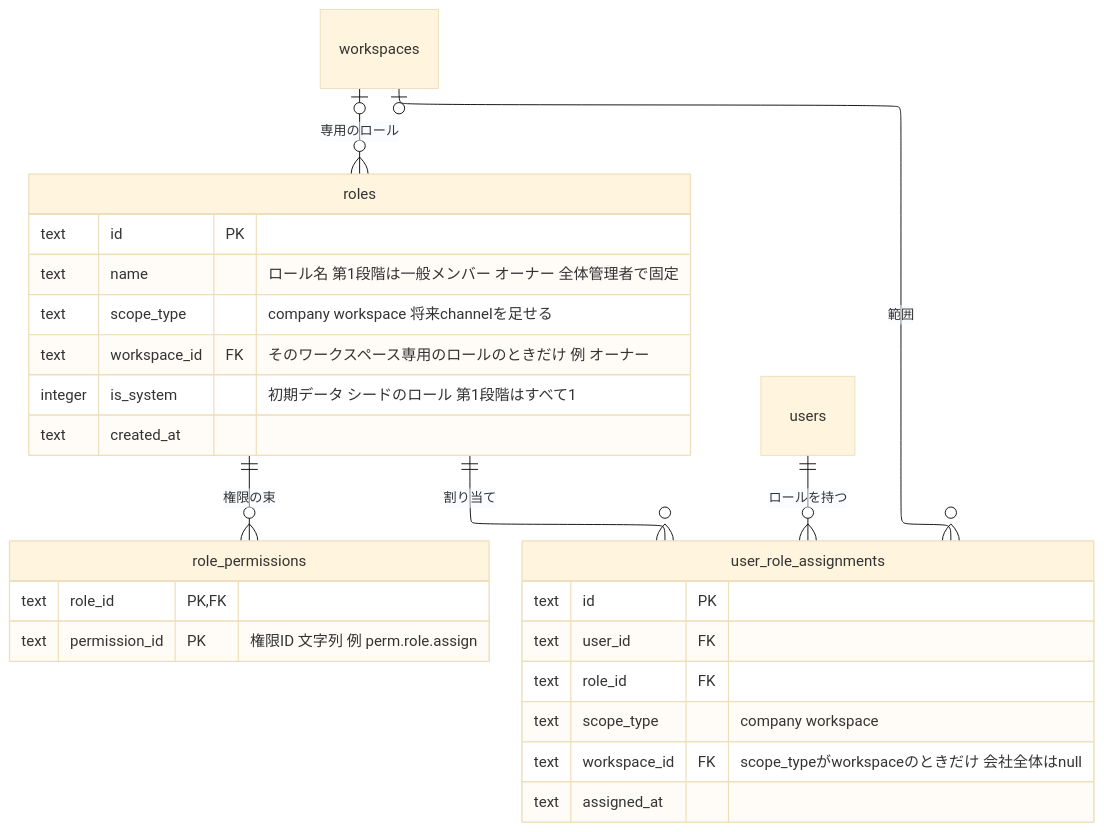
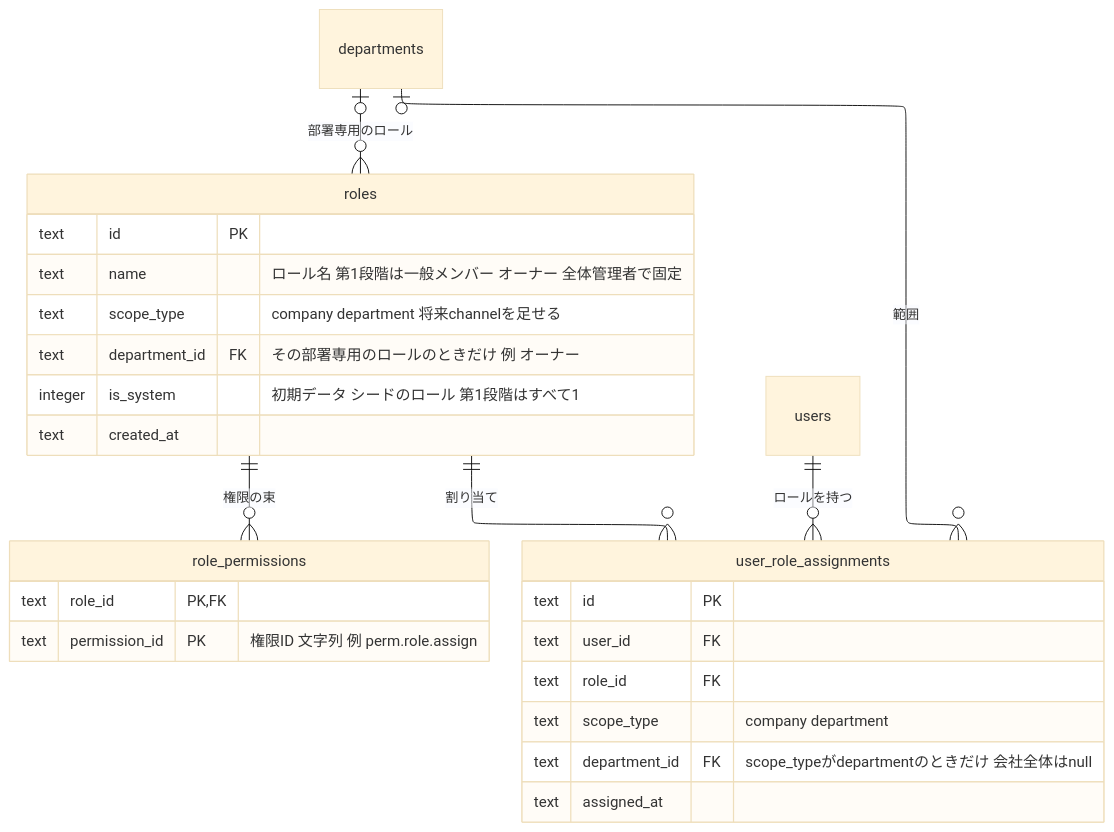
One commit to yamamotonaoki3/internal-system changed the eighth of 8 diagrams in docs/requirements/data-model.md. Above: the diagram before and after it, drawn with Mermaid (base theme). The commit also changed other lines of this file and 18 other files, not shown here.

````diff
--- a/docs/requirements/data-model.md
+++ b/docs/requirements/data-model.md
@@ -503,33 +513,33 @@
 ```mermaid
 ---
 config:
   layout: elk
 ---
 erDiagram
     roles ||--o{ role_permissions : "権限の束"
     roles ||--o{ user_role_assignments : "割り当て"
     users ||--o{ user_role_assignments : "ロールを持つ"
-    workspaces |o--o{ roles : "専用のロール"
-    workspaces |o--o{ user_role_assignments : "範囲"
+    departments |o--o{ roles : "部署専用のロール"
+    departments |o--o{ user_role_assignments : "範囲"
 
     roles {
         text id PK
         text name "ロール名 第1段階は一般メンバー オーナー 全体管理者で固定"
-        text scope_type "company workspace 将来channelを足せる"
-        text workspace_id FK "そのワークスペース専用のロールのときだけ 例 オーナー"
+        text scope_type "company department 将来channelを足せる"
+        text department_id FK "その部署専用のロールのときだけ 例 オーナー"
         integer is_system "初期データ シードのロール 第1段階はすべて1"
         text created_at
     }
     role_permissions {
         text role_id PK, FK
         text permission_id PK "権限ID 文字列 例 perm.role.assign"
     }
     user_role_assignments {
         text id PK
         text user_id FK
         text role_id FK
-        text scope_type "company workspace"
-        text workspace_id FK "scope_typeがworkspaceのときだけ 会社全体はnull"
+        text scope_type "company department"
+        text department_id FK "scope_typeがdepartmentのときだけ 会社全体はnull"
         text assigned_at
     }
 ```
````
